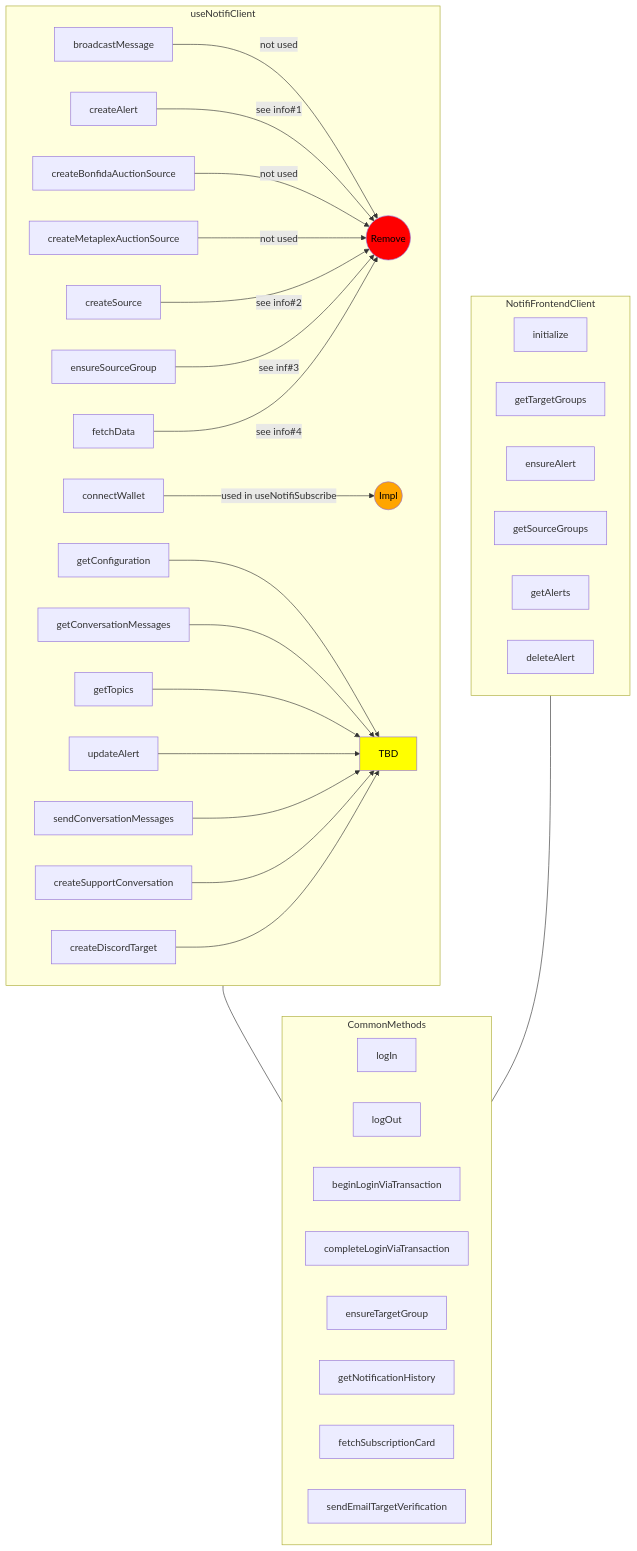
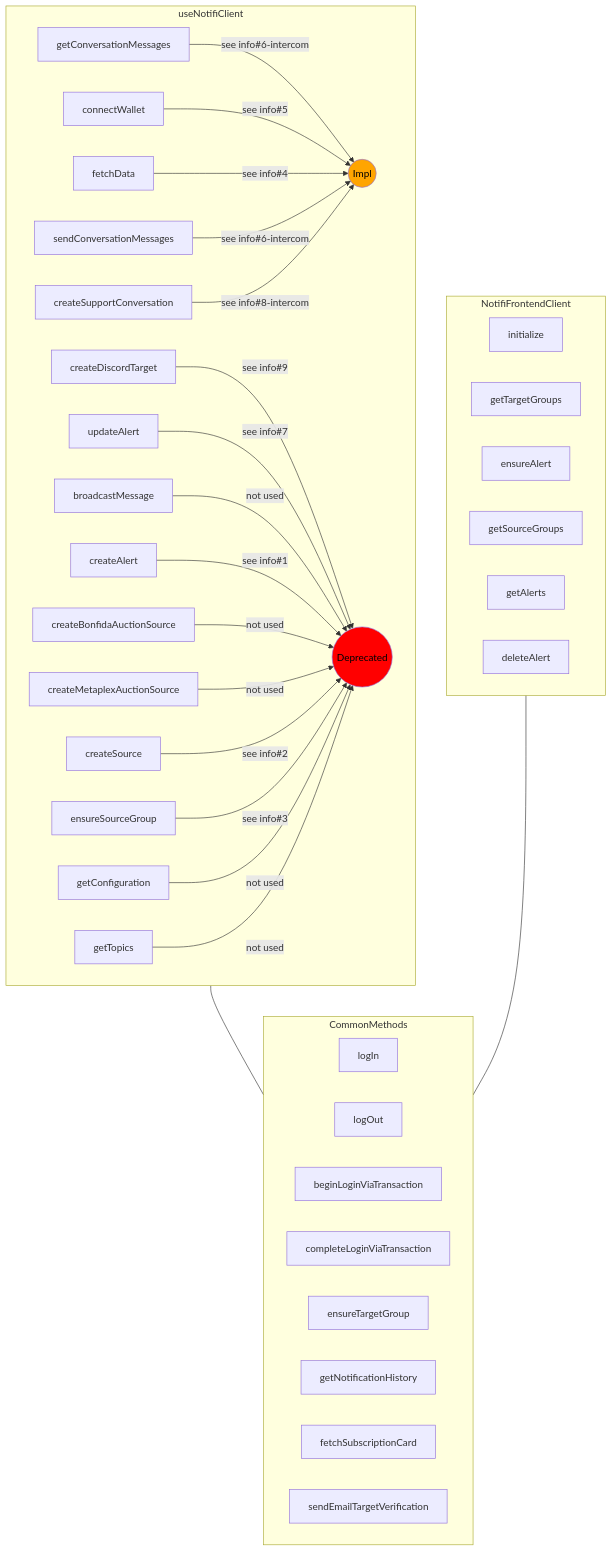
Before and after one commit to happyeric77/colorfullife-docs: the third of 4 diagrams in docs/4.notifi/sdk-consolidate.md, drawn with Mermaid. The commit also changed other lines of this file, not shown here.

````diff
--- a/docs/4.notifi/sdk-consolidate.md
+++ b/docs/4.notifi/sdk-consolidate.md
@@ -122,63 +78,76 @@
 ```mermaid
 flowchart TB
   useNotifiClient --- CommonMethods
   NotifiFrontendClient --- CommonMethods
+  getConversationMessages --see info#6-intercom --> impl
+  connectWallet --see info#5--> impl
+  fetchData --see info#4 --> impl
+
+  sendConversationMessages --see info#6-intercom --> impl
+
+  createSupportConversation --see info#8-intercom --> impl
+
+  createDiscordTarget --see info#9 --> rm
+  updateAlert --see info#7 --> rm
+  broadcastMessage --not used--> rm
+  createAlert --see info#1 -->rm
+  createBonfidaAuctionSource --not used--> rm
+  createMetaplexAuctionSource --not used--> rm
+  createSource --see info#2 --> rm
+  ensureSourceGroup --see info#3 --> rm
+  getConfiguration --not used--> rm
+  getTopics --not used--> rm
+
   subgraph useNotifiClient
+
+    broadcastMessage
+    createAlert
+    createBonfidaAuctionSource
+    createMetaplexAuctionSource
+    createSource
+    ensureSourceGroup
+    getConfiguration
+    getTopics
+
+    getConversationMessages
+    connectWallet
+    fetchData
+    updateAlert
+    sendConversationMessages
+    createSupportConversation
+    createDiscordTarget
+
+    rm((Deprecated)):::removeColor
+    impl((Impl)):::implColor
+
+    classDef tbdColor fill:yellow,color:black;
     classDef removeColor fill:red,color:black;
     classDef implColor fill:orange,color:black;
-    broadcastMessage --not used--> x((Remove)):::removeColor
-
-    connectWallet --used in useNotifiSubscribe--> v((Impl)):::implColor
-
-
-    createAlert --see info#1 -->x((Remove)):::removeColor
-    createBonfidaAuctionSource --not used--> x((Remove)):::removeColor
-    createMetaplexAuctionSource --not used--> x((Remove)):::removeColor
-    createSource --see info#2 --> x((Remove)):::removeColor
-    ensureSourceGroup --see inf#3 --> x((Remove)):::removeColor
-
-    fetchData --see info#4 --> x((Remove)):::removeColor
-
-    getConfiguration --> TBD:::tbdColor
-    classDef tbdColor fill:yellow,color:black;
-    getConversationMessages --> TBD:::tbdColor
-
-    getTopics --> TBD:::tbdColor
-    updateAlert --> TBD:::tbdColor
-
-    sendConversationMessages --> TBD:::tbdColor
-
-    createSupportConversation --> TBD:::tbdColor
-    createDiscordTarget --> TBD:::tbdColor
   end
 
   subgraph NotifiFrontendClient
     initialize
-
-
-
-
     getTargetGroups
     ensureAlert
     getSourceGroups
     getAlerts
     ensureAlert
     deleteAlert
 
+  end
 
-
-
-  end
   subgraph CommonMethods
     logIn
     logOut
     beginLoginViaTransaction
     completeLoginViaTransaction
     ensureTargetGroup
     deleteAlert
     getNotificationHistory
     fetchSubscriptionCard
     sendEmailTargetVerification
   end
 
+
+
 ```
````
